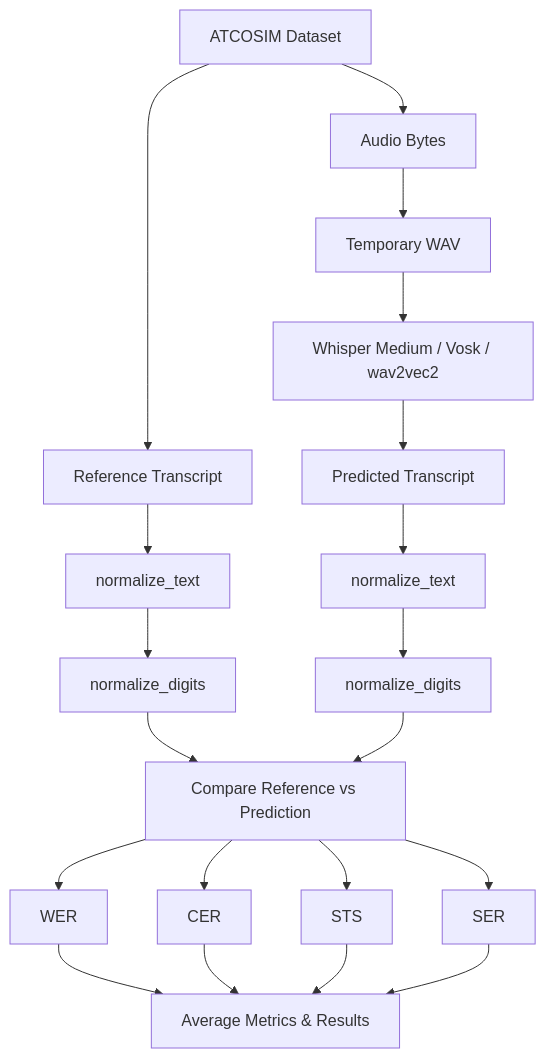
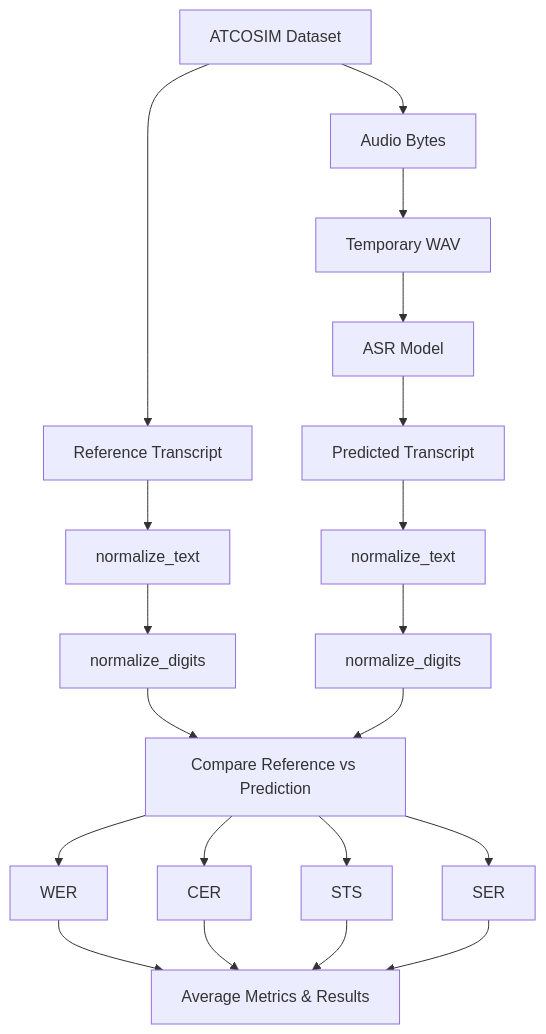
One commit to Photnix/STT-model-evaluation-in-ATC changed the diagram in README.md. Above: the diagram before and after it, drawn with Mermaid.

Commit message:
Update ASR Model description in README

````diff
--- a/README.md
+++ b/README.md
@@ -55,33 +55,33 @@
 ```mermaid
 flowchart TD
     A[ATCOSIM Dataset]
 
     %% Reference branch
     A --> B[Reference Transcript]
     B --> C[normalize_text]
     C --> D[normalize_digits]
 
     %% Audio branch
     A --> E[Audio Bytes]
     E --> F[Temporary WAV]
-    F --> G[Whisper Medium / Vosk / wav2vec2]
+    F --> G[ASR Model]
     G --> H[Predicted Transcript]
     H --> I[normalize_text]
     I --> J[normalize_digits]
 
     %% Merge
     D --> K[Compare Reference vs Prediction]
     J --> K
 
     %% Metrics
     K --> L[WER]
     K --> M[CER]
     K --> N[STS]
     K --> O[SER]
 
     %% Results
     L --> P[Average Metrics & Results]
     M --> P
     N --> P
     O --> P
 ```
````
